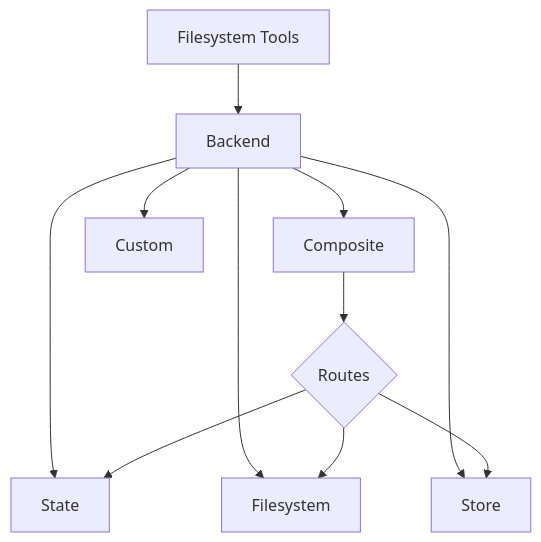
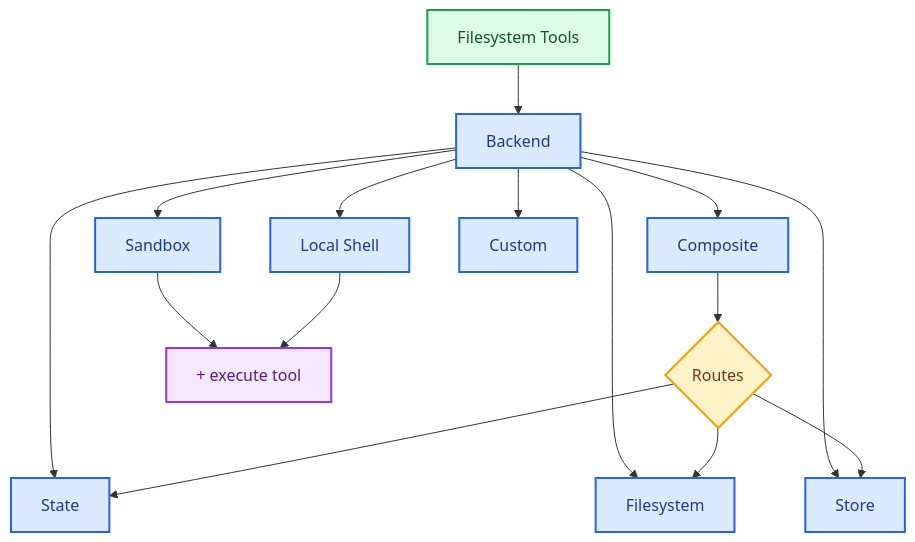
One commit to hyunhee-jo/docs changed the diagram in build/oss/javascript/deepagents/backends.mdx. Above: the diagram before and after it, drawn with Mermaid. The commit also changed other lines of this file and 2574 other files, not shown here.

````diff
--- a/build/oss/javascript/deepagents/backends.mdx
+++ b/build/oss/javascript/deepagents/backends.mdx
@@ -8,15 +16,30 @@
 ```mermaid
 graph TB
     Tools[Filesystem Tools] --> Backend[Backend]
 
     Backend --> State[State]
     Backend --> Disk[Filesystem]
     Backend --> Store[Store]
+    Backend --> Sandbox[Sandbox]
+    Backend --> LocalShell[Local Shell]
     Backend --> Composite[Composite]
     Backend --> Custom[Custom]
 
     Composite --> Router{Routes}
     Router --> State
     Router --> Disk
     Router --> Store
+
+    Sandbox --> Execute["#43; execute tool"]
+    LocalShell --> Execute["#43; execute tool"]
+
+    classDef trigger fill:#DCFCE7,stroke:#16A34A,stroke-width:2px,color:#14532D
+    classDef process fill:#DBEAFE,stroke:#2563EB,stroke-width:2px,color:#1E3A8A
+    classDef decision fill:#FEF3C7,stroke:#F59E0B,stroke-width:2px,color:#78350F
+    classDef output fill:#F3E8FF,stroke:#9333EA,stroke-width:2px,color:#581C87
+
+    class Tools trigger
+    class Backend,State,Disk,Store,Sandbox,LocalShell,Composite,Custom process
+    class Router decision
+    class Execute output
 ```
````
